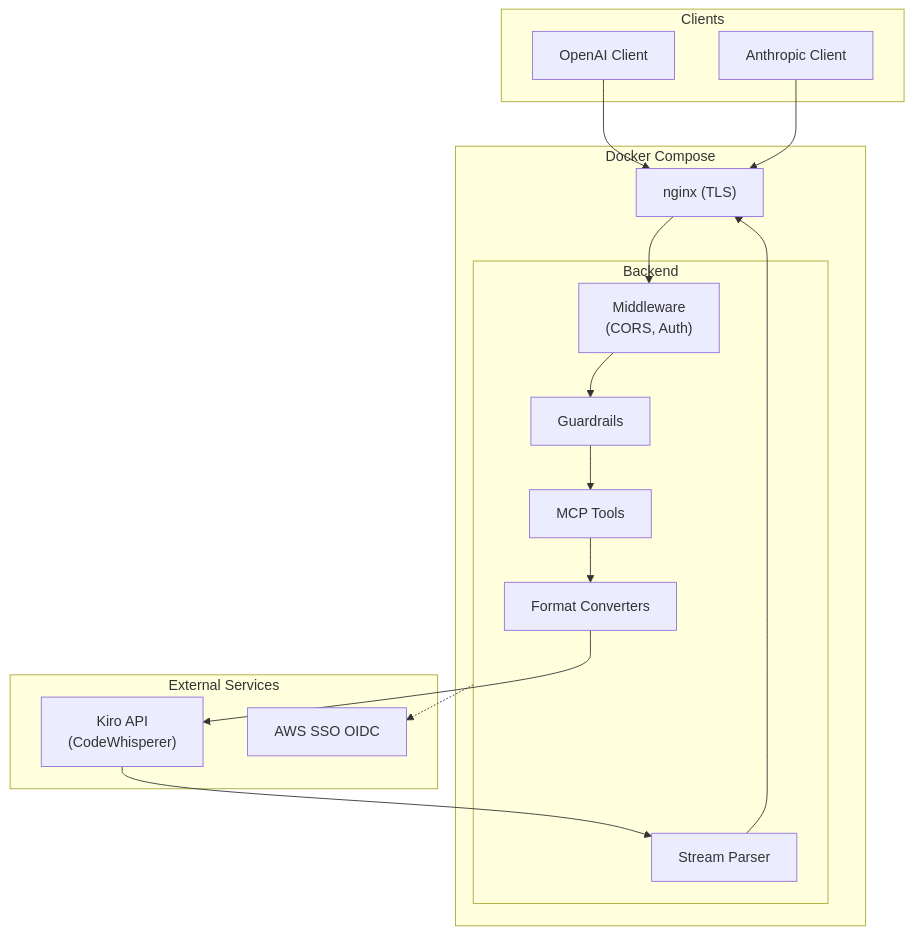
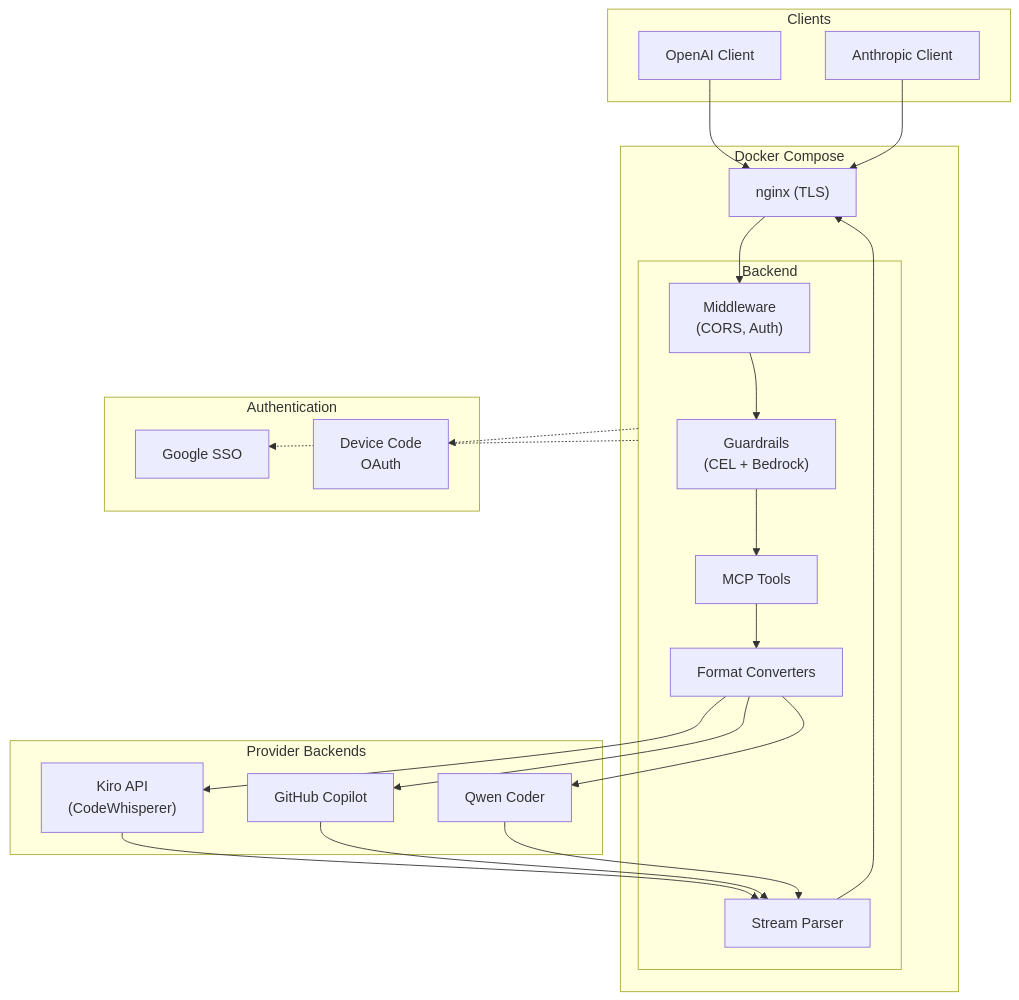
Before and after one commit to wongtsejian/rkgw: the diagram in gh-pages/index.md, drawn with Mermaid. The commit also changed other lines of this file and 22 other files, not shown here.

````diff
--- a/gh-pages/index.md
+++ b/gh-pages/index.md
@@ -29,34 +33,45 @@
 ```mermaid
 flowchart TD
     subgraph Clients
         OAI["OpenAI Client"]
         ANT["Anthropic Client"]
     end
 
     subgraph Docker["Docker Compose"]
         NGINX["nginx (TLS)"]
         subgraph GW["Backend"]
             MW["Middleware\n(CORS, Auth)"]
-            GUARD["Guardrails"]
+            GUARD["Guardrails\n(CEL + Bedrock)"]
             MCP_INJ["MCP Tools"]
             CONV["Format Converters"]
             STREAM["Stream Parser"]
         end
     end
 
-    subgraph External["External Services"]
+    subgraph Providers["Provider Backends"]
         KIRO["Kiro API\n(CodeWhisperer)"]
-        SSO["AWS SSO OIDC"]
+        COPILOT["GitHub Copilot"]
+        QWEN["Qwen Coder"]
+    end
+
+    subgraph Auth["Authentication"]
+        SSO["Google SSO"]
+        DEVICE["Device Code\nOAuth"]
     end
 
     OAI --> NGINX
     ANT --> NGINX
     NGINX --> MW
     MW --> GUARD
     GUARD --> MCP_INJ
     MCP_INJ --> CONV
     CONV --> KIRO
+    CONV --> COPILOT
+    CONV --> QWEN
     KIRO --> STREAM
+    COPILOT --> STREAM
+    QWEN --> STREAM
     STREAM --> NGINX
     GW -.-> SSO
+    GW -.-> DEVICE
 ```
````
